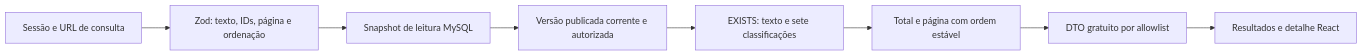
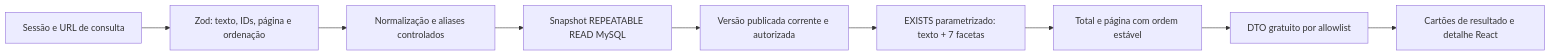
One commit to dernivaljr/wiki-chem changed the diagram in docs/arquitetura/PESQUISA-METODOLOGIAS.md. Above: the diagram before and after it, drawn with Mermaid. The commit also changed other lines of this file and 31 other files, not shown here.

````diff
--- a/docs/arquitetura/PESQUISA-METODOLOGIAS.md
+++ b/docs/arquitetura/PESQUISA-METODOLOGIAS.md
@@ -24,10 +27,11 @@
 ```mermaid
 flowchart LR
   U["Sessão e URL de consulta"] --> V["Zod: texto, IDs, página e ordenação"]
-  V --> S["Snapshot de leitura MySQL"]
+  V --> A["Normalização e aliases controlados"]
+  A --> S["Snapshot REPEATABLE READ MySQL"]
   S --> E["Versão publicada corrente e autorizada"]
-  E --> F["EXISTS: texto e sete classificações"]
+  E --> F["EXISTS parametrizado: texto + 7 facetas"]
   F --> P["Total e página com ordem estável"]
   P --> D["DTO gratuito por allowlist"]
-  D --> R["Resultados e detalhe React"]
+  D --> R["Cartões de resultado e detalhe React"]
 ```
````
